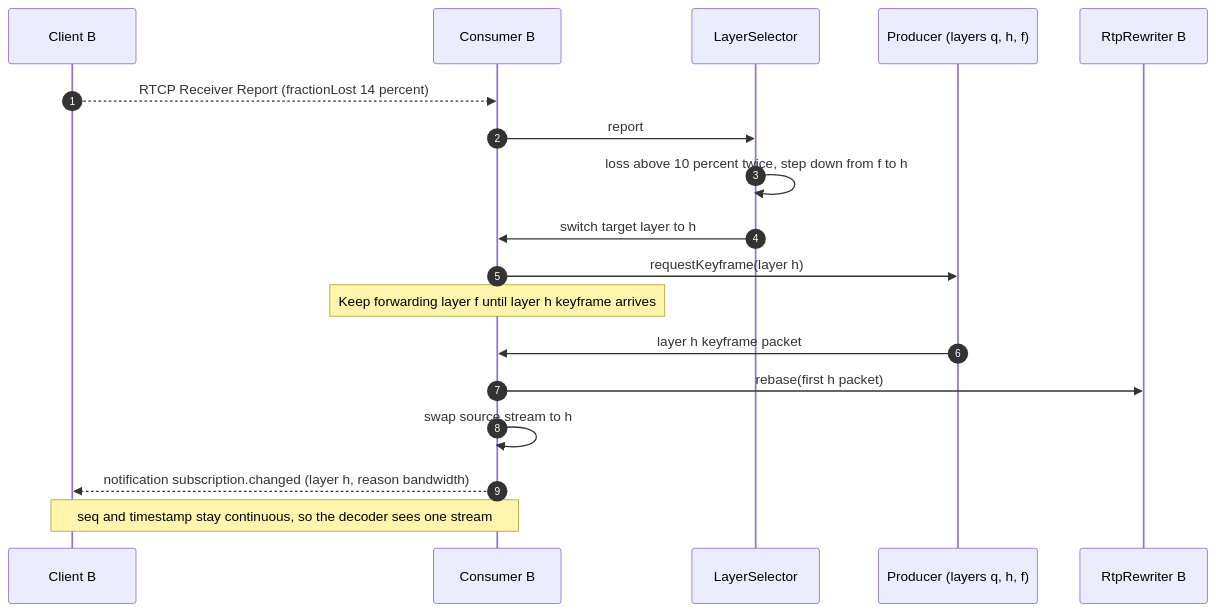
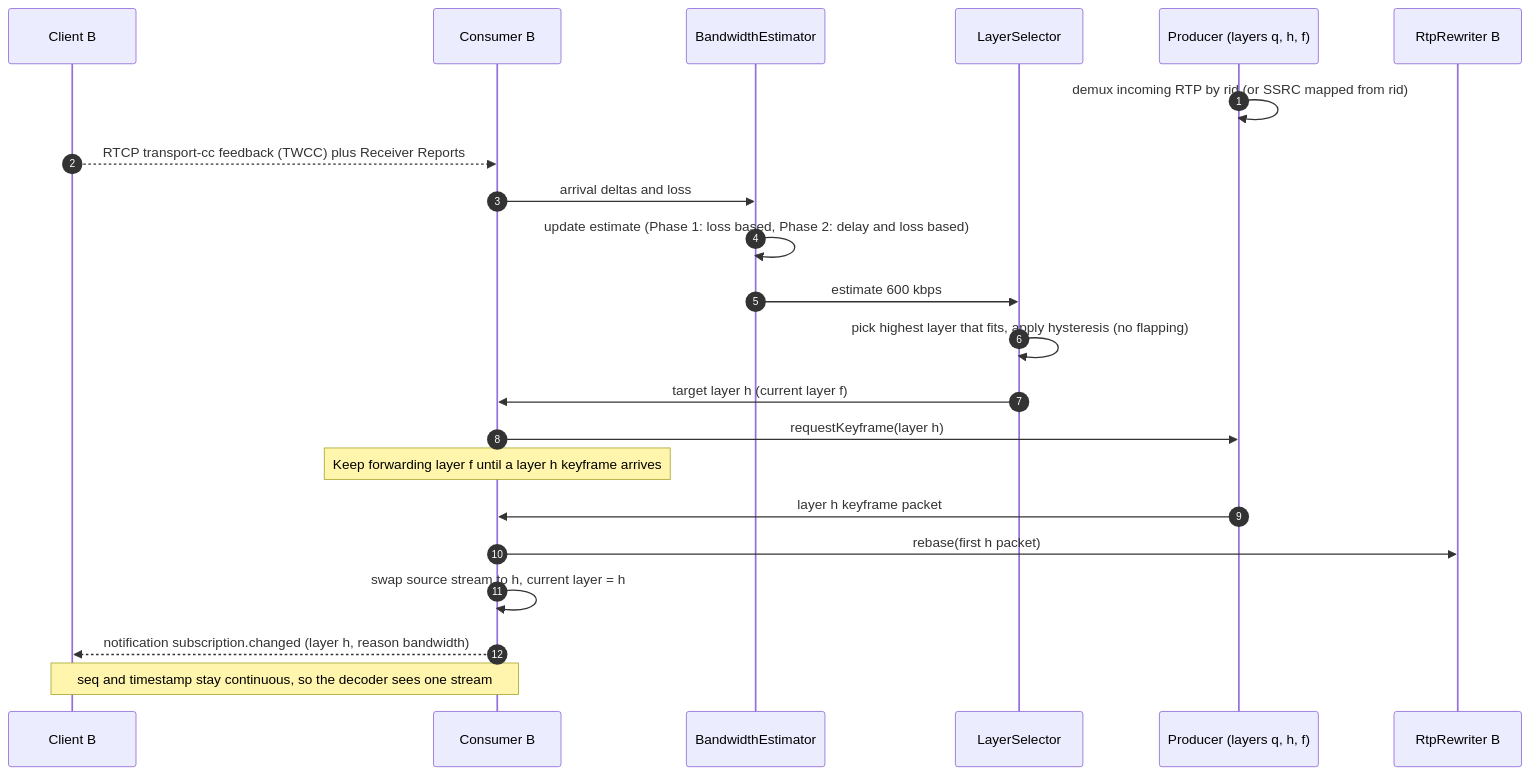
Before and after one commit to Nitinkgupta9967/SFU_: diagram 15 of 24 in flow.md, drawn with Mermaid. The commit also changed other lines of this file and 2 other files, not shown here.

````diff
--- a/flow.md
+++ b/flow.md
@@ -393,21 +482,25 @@
 ```mermaid
 sequenceDiagram
   autonumber
   participant B as Client B
   participant CB as Consumer B
+  participant BWE as BandwidthEstimator
   participant LS as LayerSelector
   participant PROD as Producer (layers q, h, f)
   participant RWB as RtpRewriter B
 
-  B-->>CB: RTCP Receiver Report (fractionLost 14 percent)
-  CB->>LS: report
-  LS->>LS: loss above 10 percent twice, step down from f to h
-  LS->>CB: switch target layer to h
+  PROD->>PROD: demux incoming RTP by rid (or SSRC mapped from rid)
+  B-->>CB: RTCP transport-cc feedback (TWCC) plus Receiver Reports
+  CB->>BWE: arrival deltas and loss
+  BWE->>BWE: update estimate (Phase 1: loss based, Phase 2: delay and loss based)
+  BWE->>LS: estimate 600 kbps
+  LS->>LS: pick highest layer that fits, apply hysteresis (no flapping)
+  LS->>CB: target layer h (current layer f)
   CB->>PROD: requestKeyframe(layer h)
-  Note over CB: Keep forwarding layer f until layer h keyframe arrives
+  Note over CB: Keep forwarding layer f until a layer h keyframe arrives
   PROD->>CB: layer h keyframe packet
   CB->>RWB: rebase(first h packet)
-  CB->>CB: swap source stream to h
+  CB->>CB: swap source stream to h, current layer = h
   CB-->>B: notification subscription.changed (layer h, reason bandwidth)
   Note over CB,B: seq and timestamp stay continuous, so the decoder sees one stream
 ```
````
